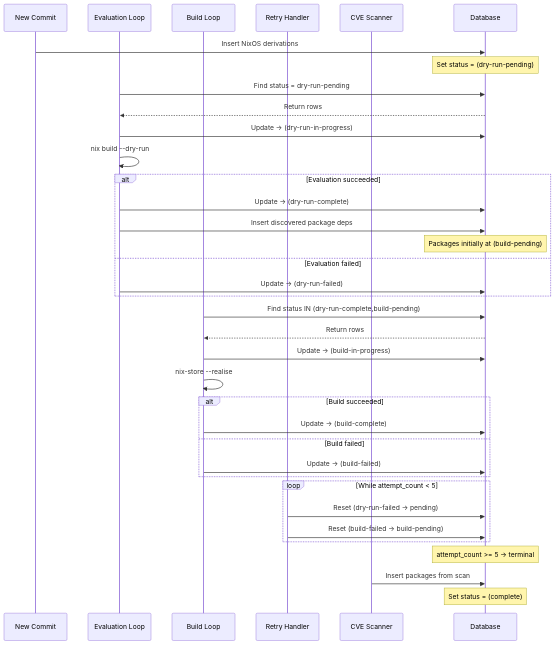
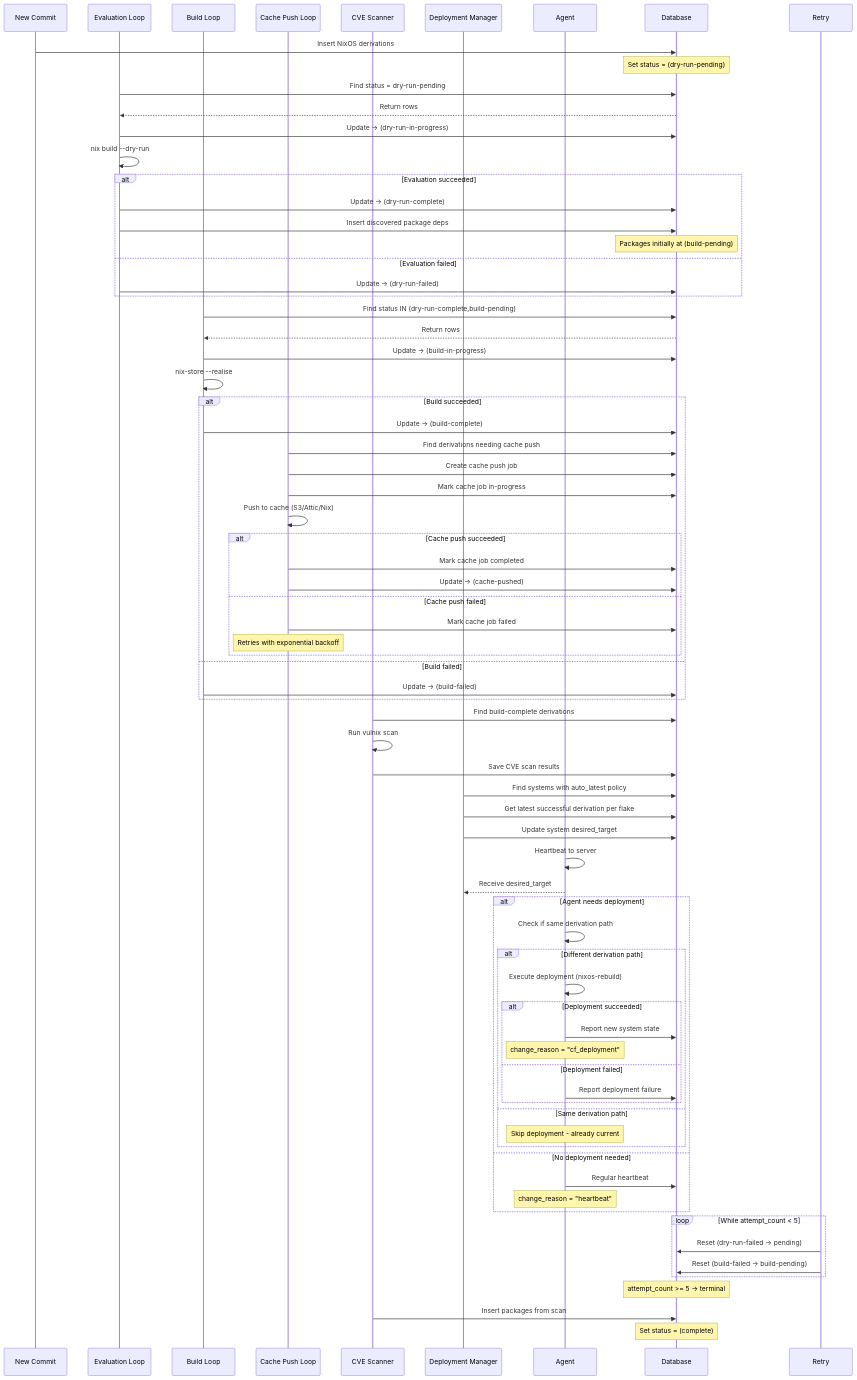
One commit to usmcamp0811/crystal-forge changed the diagram in docs/derivation-status.md. Above: the diagram before and after it, drawn with Mermaid. The commit also changed other lines of this file, not shown here.

```diff
--- a/docs/derivation-status.md
+++ b/docs/derivation-status.md
@@ -11,8 +11,10 @@
     participant Commit as New Commit
     participant Eval as Evaluation Loop
     participant Build as Build Loop
-    participant Retry as Retry Handler
+    participant Cache as Cache Push Loop
     participant CVE as CVE Scanner
+    participant Deploy as Deployment Manager
+    participant Agent as Agent
     participant DB as Database
 
     %% Commit discovery
@@ -41,8 +43,55 @@
 
     alt Build succeeded
         Build->>DB: Update → (build-complete)
+        
+        %% Cache push flow
+        Cache->>DB: Find derivations needing cache push
+        Cache->>DB: Create cache push job
+        Cache->>DB: Mark cache job in-progress
+        Cache->>Cache: Push to cache (S3/Attic/Nix)
+        
+        alt Cache push succeeded
+            Cache->>DB: Mark cache job completed
+            Cache->>DB: Update → (cache-pushed)
+        else Cache push failed
+            Cache->>DB: Mark cache job failed
+            Note over Cache: Retries with exponential backoff
+        end
+        
     else Build failed
         Build->>DB: Update → (build-failed)
+    end
+
+    %% CVE Scanning
+    CVE->>DB: Find build-complete derivations
+    CVE->>CVE: Run vulnix scan
+    CVE->>DB: Save CVE scan results
+    
+    %% Deployment Policy Management
+    Deploy->>DB: Find systems with auto_latest policy
+    Deploy->>DB: Get latest successful derivation per flake
+    Deploy->>DB: Update system desired_target
+    
+    %% Agent Deployment Flow
+    Agent->>Agent: Heartbeat to server
+    Agent-->>Deploy: Receive desired_target
+    
+    alt Agent needs deployment
+        Agent->>Agent: Check if same derivation path
+        alt Different derivation path
+            Agent->>Agent: Execute deployment (nixos-rebuild)
+            alt Deployment succeeded
+                Agent->>DB: Report new system state
+                Note over Agent: change_reason = "cf_deployment"
+            else Deployment failed
+                Agent->>DB: Report deployment failure
+            end
+        else Same derivation path
+            Note over Agent: Skip deployment - already current
+        end
+    else No deployment needed
+        Agent->>DB: Regular heartbeat
+        Note over Agent: change_reason = "heartbeat"
     end
 
     %% Retry handler
```
